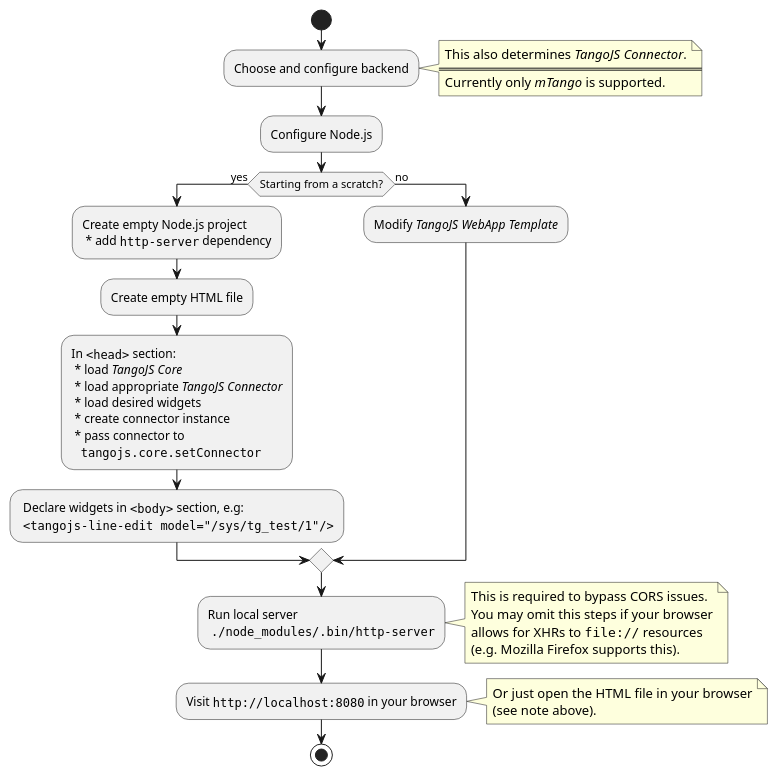
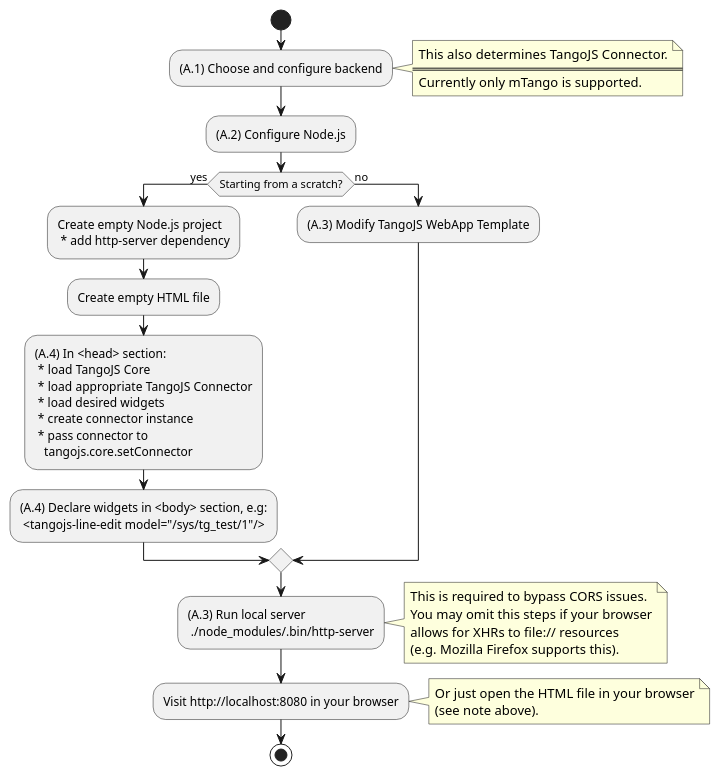
One commit to mliszcz/msc-thesis changed the diagram in thesis/figures/uml-source/51-tutorial-create-app-sequence.pu. Above: the diagram before and after it, drawn with PlantUML. The commit also changed 2 other files, not shown here.

```diff
--- a/thesis/figures/uml-source/51-tutorial-create-app-sequence.pu
+++ b/thesis/figures/uml-source/51-tutorial-create-app-sequence.pu
@@ -1,49 +1,49 @@
 @startuml
 start
 
-:Choose and configure backend;
+:(A.1) Choose and configure backend;
 note right
-  This also determines //TangoJS Connector//.
+  This also determines TangoJS Connector.
   ====
-  Currently only //mTango// is supported.
+  Currently only mTango is supported.
 end note
 
-:Configure Node.js;
+:(A.2) Configure Node.js;
 
 if (Starting from a scratch?) then (yes)
   :Create empty Node.js project
-   * add ""http-server"" dependency;
+   * add http-server dependency;
   :Create empty HTML file;
-  :In ""<head>"" section:
-   * load //TangoJS Core//
-   * load appropriate //TangoJS Connector//
+  :(A.4) In <head> section:
+   * load TangoJS Core
+   * load appropriate TangoJS Connector
    * load desired widgets
    * create connector instance
    * pass connector to
-     ""tangojs.core.setConnector"";
-  : Declare widgets in ""<body>"" section, e.g:
-   ""<tangojs-line-edit model="/sys/tg_test/1"/>"";
+     tangojs.core.setConnector;
+  :(A.4) Declare widgets in <body> section, e.g:
+   <tangojs-line-edit model="/sys/tg_test/1"/>;
 else (no)
-  :Modify //TangoJS WebApp Template//;
+  :(A.3) Modify TangoJS WebApp Template;
 endif
 
-:Run local server
- ""./node_modules/.bin/http-server"";
+:(A.3) Run local server
+ ./node_modules/.bin/http-server;
 note right
   This is required to bypass CORS issues.
   You may omit this steps if your browser
-  allows for XHRs to ""file://"" resources
+  allows for XHRs to file:// resources
   (e.g. Mozilla Firefox supports this).
 end note
 
 
-:Visit ""http://localhost:8080"" in your browser;
+:Visit http://localhost:8080 in your browser;
 note right
   Or just open the HTML file in your browser
   (see note above).
 end note
 
 
 stop
 
 @enduml
```
